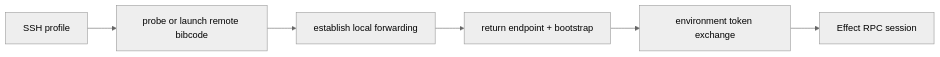
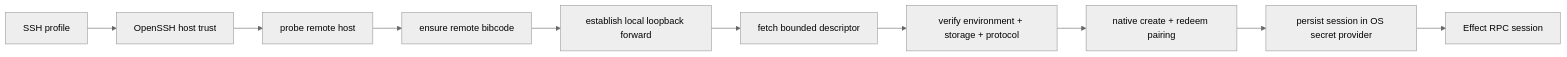
Before and after one commit to mubeda/BibCode: the diagram in docs/architecture/remote.md, drawn with Mermaid (neutral theme). The commit also changed other lines of this file and 36 other files, not shown here.

Commit message:
fix(ssh): verify remote identity before pairing

````diff
--- a/docs/architecture/remote.md
+++ b/docs/architecture/remote.md
@@ -214,8 +271,12 @@
 ```mermaid
 flowchart LR
-  Profile["SSH profile"] --> Probe["probe or launch remote bibcode"]
-  Probe --> Forward["establish local forwarding"]
-  Forward --> Bootstrap["return endpoint + bootstrap"]
-  Bootstrap --> Auth["environment token exchange"]
-  Auth --> RPC["Effect RPC session"]
+  Profile["SSH profile"] --> Trust["OpenSSH host trust"]
+  Trust --> Probe["probe remote host"]
+  Probe --> Launch["ensure remote bibcode"]
+  Launch --> Forward["establish local loopback forward"]
+  Forward --> Descriptor["fetch bounded descriptor"]
+  Descriptor --> Identity["verify environment + storage + protocol"]
+  Identity --> Pair["native create + redeem pairing"]
+  Pair --> Secret["persist session in OS secret provider"]
+  Secret --> RPC["Effect RPC session"]
 ```
````
